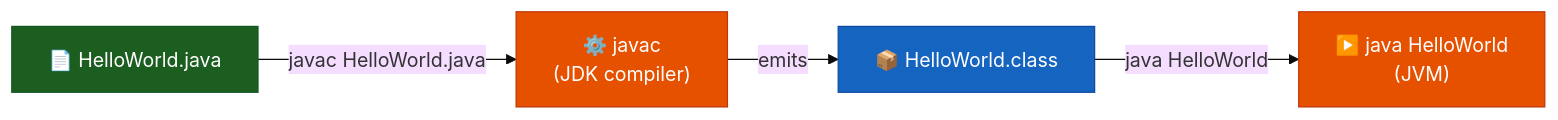
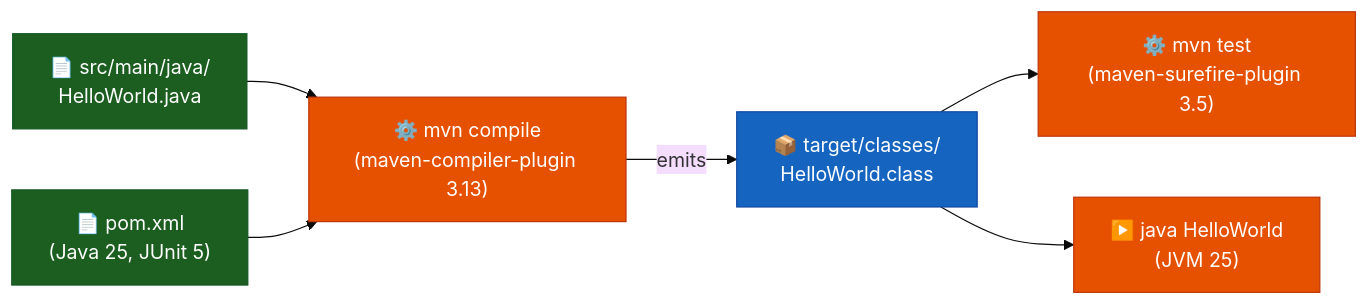
Diagram 11 of 15 in arc42-documentation.md (ktruchcz/copilot-test-ktruchcz), drawn with Mermaid (base theme) before and after one commit. The commit also changed other lines of this file and 1 other file, not shown here.

First line of the commit message:
Apply cookbooks mapping: update Java version docs and Mermaid architecture diagrams

````diff
--- a/arc42-documentation.md
+++ b/arc42-documentation.md
@@ -394,15 +459,19 @@
 ```mermaid
 flowchart LR
     classDef src fill:#1B5E20,stroke:#155724,color:#fff
     classDef tool fill:#E65100,stroke:#BF360C,color:#fff
     classDef out fill:#1565C0,stroke:#0D47A1,color:#fff
 
-    src["📄 HelloWorld.java"]:::src
-    javac["⚙️ javac\n(JDK compiler)"]:::tool
-    bytecode["📦 HelloWorld.class"]:::out
-    jvm["▶️ java HelloWorld\n(JVM)"]:::tool
+    src["📄 src/main/java/\nHelloWorld.java"]:::src
+    pom["📄 pom.xml\n(Java 25, JUnit 5)"]:::src
+    mvn["⚙️ mvn compile\n(maven-compiler-plugin 3.13)"]:::tool
+    bytecode["📦 target/classes/\nHelloWorld.class"]:::out
+    mvntest["⚙️ mvn test\n(maven-surefire-plugin 3.5)"]:::tool
+    jvm["▶️ java HelloWorld\n(JVM 25)"]:::tool
 
-    src -->|"javac HelloWorld.java"| javac
-    javac -->|"emits"| bytecode
-    bytecode -->|"java HelloWorld"| jvm
+    src --> mvn
+    pom --> mvn
+    mvn -->|"emits"| bytecode
+    bytecode --> mvntest
+    bytecode --> jvm
 ```
````
